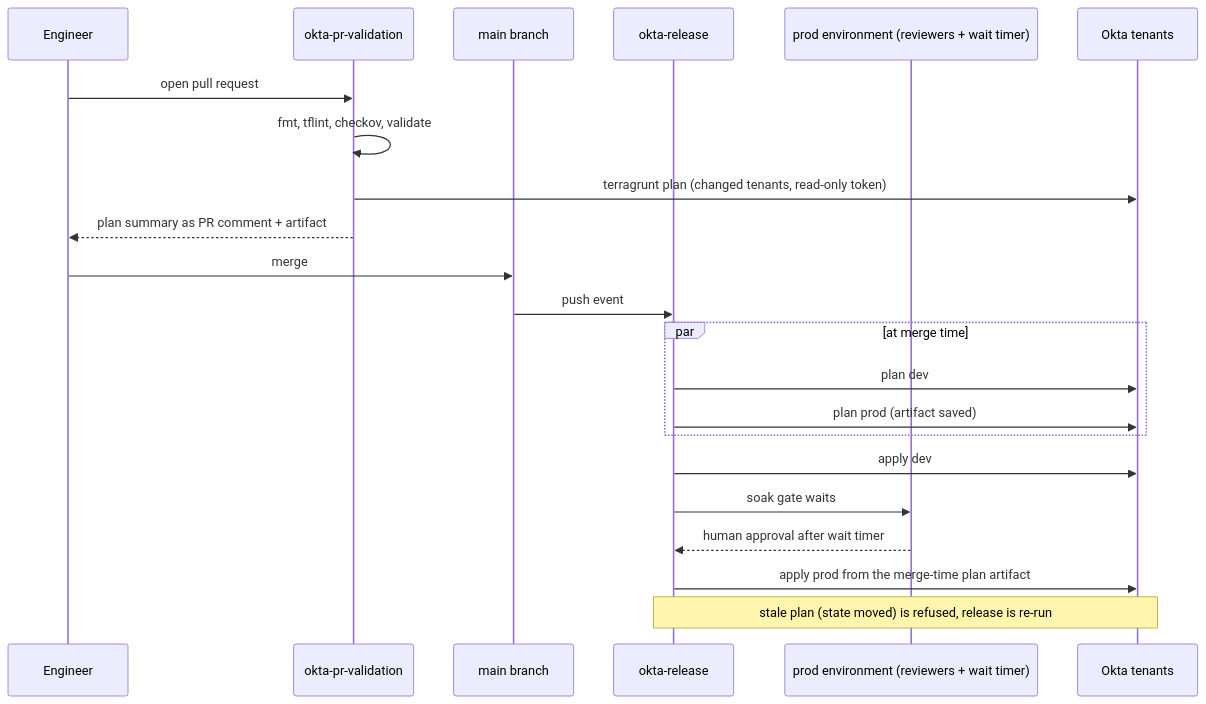
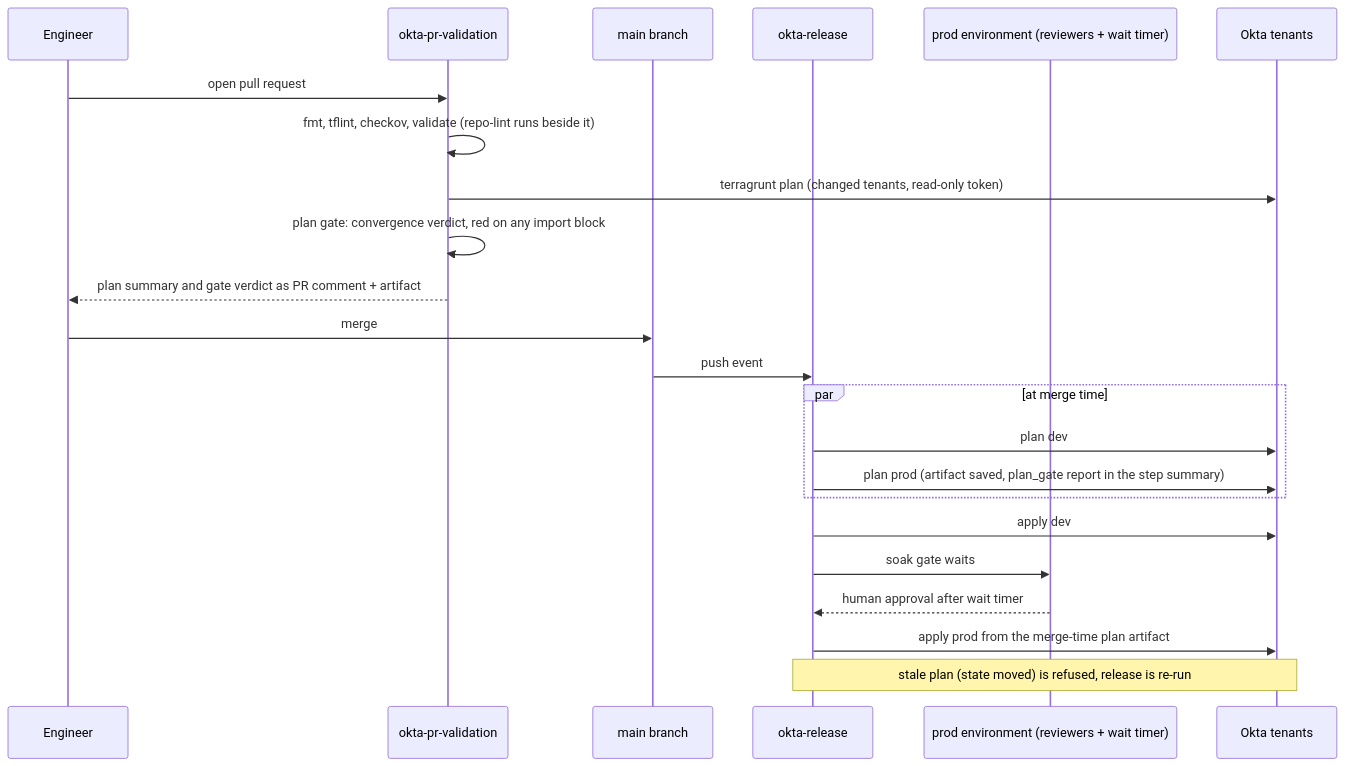
The eighth of 8 diagrams in docs/architecture.md (AdamFields1/identity-as-code), drawn with Mermaid before and after one commit. The commit also changed other lines of this file and 121 other files, not shown here.

First line of the commit message:
Add Python CI tooling: a Terraform plan gate and a repository linter with cell discovery

````diff
--- a/docs/architecture.md
+++ b/docs/architecture.md
@@ -659,25 +687,26 @@
 ```mermaid
 sequenceDiagram
   participant Dev as Engineer
   participant PR as okta-pr-validation
   participant Main as main branch
   participant Rel as okta-release
   participant Gate as prod environment (reviewers + wait timer)
   participant Okta as Okta tenants
 
   Dev->>PR: open pull request
-  PR->>PR: fmt, tflint, checkov, validate
+  PR->>PR: fmt, tflint, checkov, validate (repo-lint runs beside it)
   PR->>Okta: terragrunt plan (changed tenants, read-only token)
-  PR-->>Dev: plan summary as PR comment + artifact
+  PR->>PR: plan gate: convergence verdict, red on any import block
+  PR-->>Dev: plan summary and gate verdict as PR comment + artifact
   Dev->>Main: merge
   Main->>Rel: push event
   par at merge time
     Rel->>Okta: plan dev
-    Rel->>Okta: plan prod (artifact saved)
+    Rel->>Okta: plan prod (artifact saved, plan_gate report in the step summary)
   end
   Rel->>Okta: apply dev
   Rel->>Gate: soak gate waits
   Gate-->>Rel: human approval after wait timer
   Rel->>Okta: apply prod from the merge-time plan artifact
   Note over Rel,Okta: stale plan (state moved) is refused, release is re-run
 ```
````
